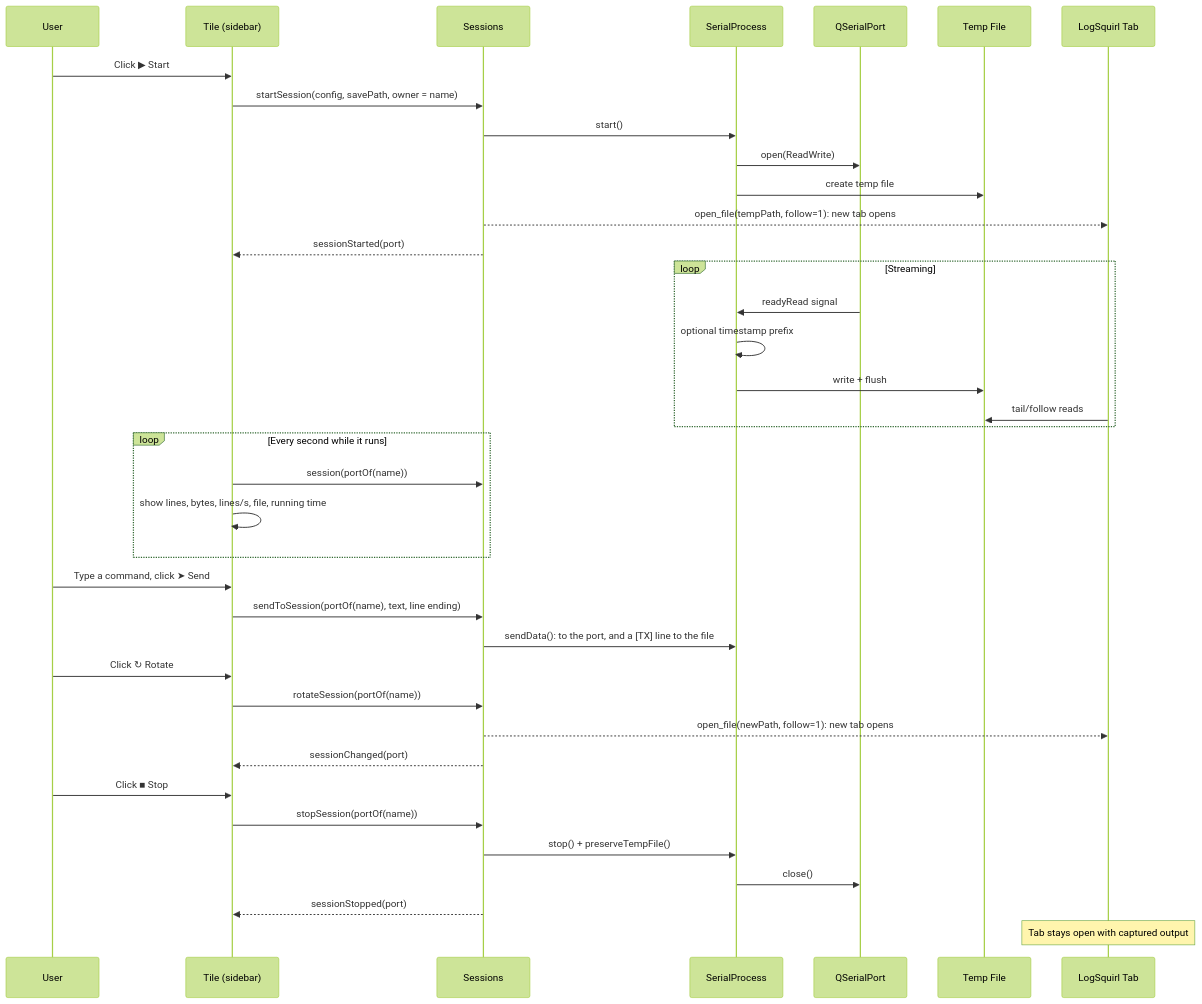
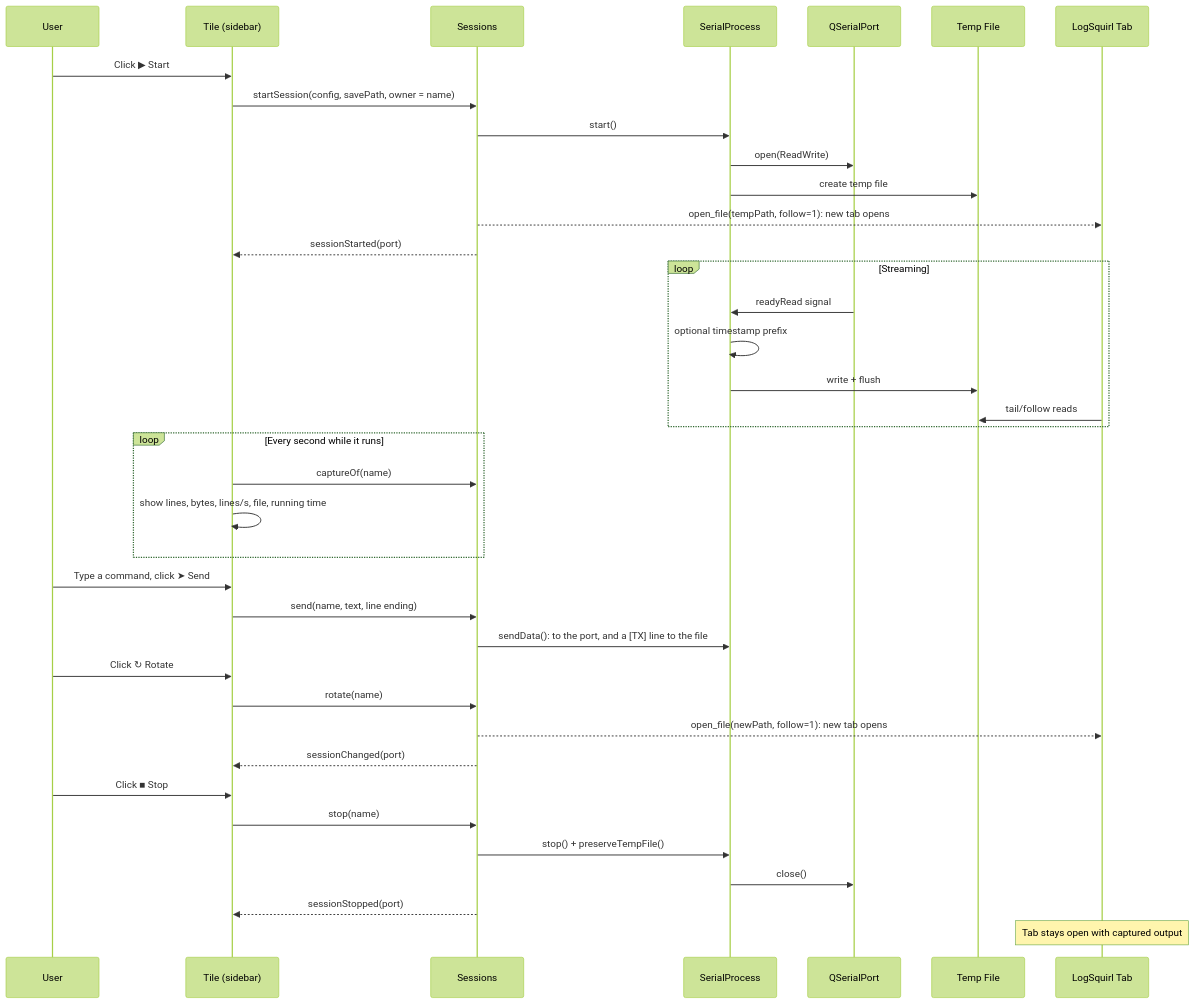
Before and after one commit to 64x-lunicorn/LogSquirl-Serial: the second of 3 diagrams in README.md, drawn with Mermaid (forest theme). The commit also changed other lines of this file and 11 other files, not shown here.

First line of the commit message:
Address captures by configuration name for Stop, Rotate, Send and live details (#59)

````diff
--- a/README.md
+++ b/README.md
@@ -283,41 +285,41 @@
 ```mermaid
 sequenceDiagram
     participant User
     participant SW as Tile (sidebar)
     participant S as Sessions
     participant SP as SerialProcess
     participant Port as QSerialPort
     participant TF as Temp File
     participant LS as LogSquirl Tab
 
     User->>SW: Click ▶ Start
     SW->>S: startSession(config, savePath, owner = name)
     S->>SP: start()
     SP->>Port: open(ReadWrite)
     SP->>TF: create temp file
     S-->>LS: open_file(tempPath, follow=1): new tab opens
     S-->>SW: sessionStarted(port)
     loop Streaming
         Port->>SP: readyRead signal
         SP->>SP: optional timestamp prefix
         SP->>TF: write + flush
         LS->>TF: tail/follow reads
     end
     loop Every second while it runs
-        SW->>S: session(portOf(name))
+        SW->>S: captureOf(name)
         SW->>SW: show lines, bytes, lines/s, file, running time
     end
     User->>SW: Type a command, click ➤ Send
-    SW->>S: sendToSession(portOf(name), text, line ending)
+    SW->>S: send(name, text, line ending)
     S->>SP: sendData(): to the port, and a [TX] line to the file
     User->>SW: Click ↻ Rotate
-    SW->>S: rotateSession(portOf(name))
+    SW->>S: rotate(name)
     S-->>LS: open_file(newPath, follow=1): new tab opens
     S-->>SW: sessionChanged(port)
     User->>SW: Click ■ Stop
-    SW->>S: stopSession(portOf(name))
+    SW->>S: stop(name)
     S->>SP: stop() + preserveTempFile()
     SP->>Port: close()
     S-->>SW: sessionStopped(port)
     Note over LS: Tab stays open with captured output
 ```
````
